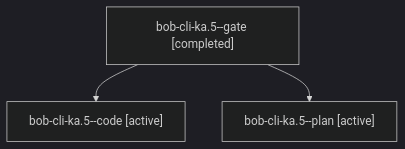
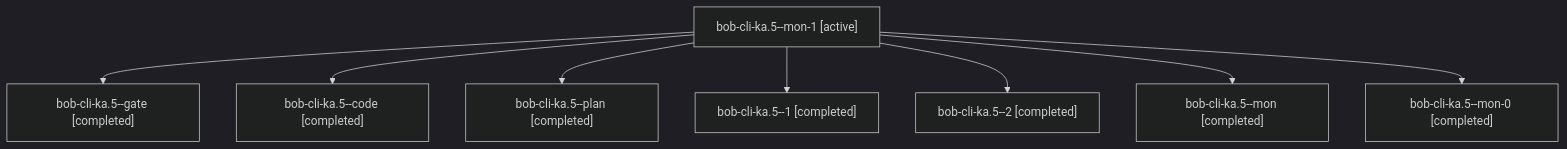
Before and after one commit to bobs-org/bob-cli--agents: the diagram in sessions/bbugyi200.athena.bob-cli-ka.5.md, drawn with Mermaid (dark theme). The commit also changed other lines of this file and 58 other files, not shown here.

````diff
--- a/sessions/bbugyi200.athena.bob-cli-ka.5.md
+++ b/sessions/bbugyi200.athena.bob-cli-ka.5.md
@@ -9,8 +9,18 @@
 ```mermaid
 flowchart TD
-  n0["bob-cli-ka.5--gate [completed]"]
-  n1["bob-cli-ka.5--code [active]"]
+  n0["bob-cli-ka.5--mon-1 [active]"]
+  n1["bob-cli-ka.5--gate [completed]"]
   n0 --> n1
-  n2["bob-cli-ka.5--plan [active]"]
+  n2["bob-cli-ka.5--code [completed]"]
   n0 --> n2
+  n3["bob-cli-ka.5--plan [completed]"]
+  n0 --> n3
+  n4["bob-cli-ka.5--1 [completed]"]
+  n0 --> n4
+  n5["bob-cli-ka.5--2 [completed]"]
+  n0 --> n5
+  n6["bob-cli-ka.5--mon [completed]"]
+  n0 --> n6
+  n7["bob-cli-ka.5--mon-0 [completed]"]
+  n0 --> n7
 ```
````
